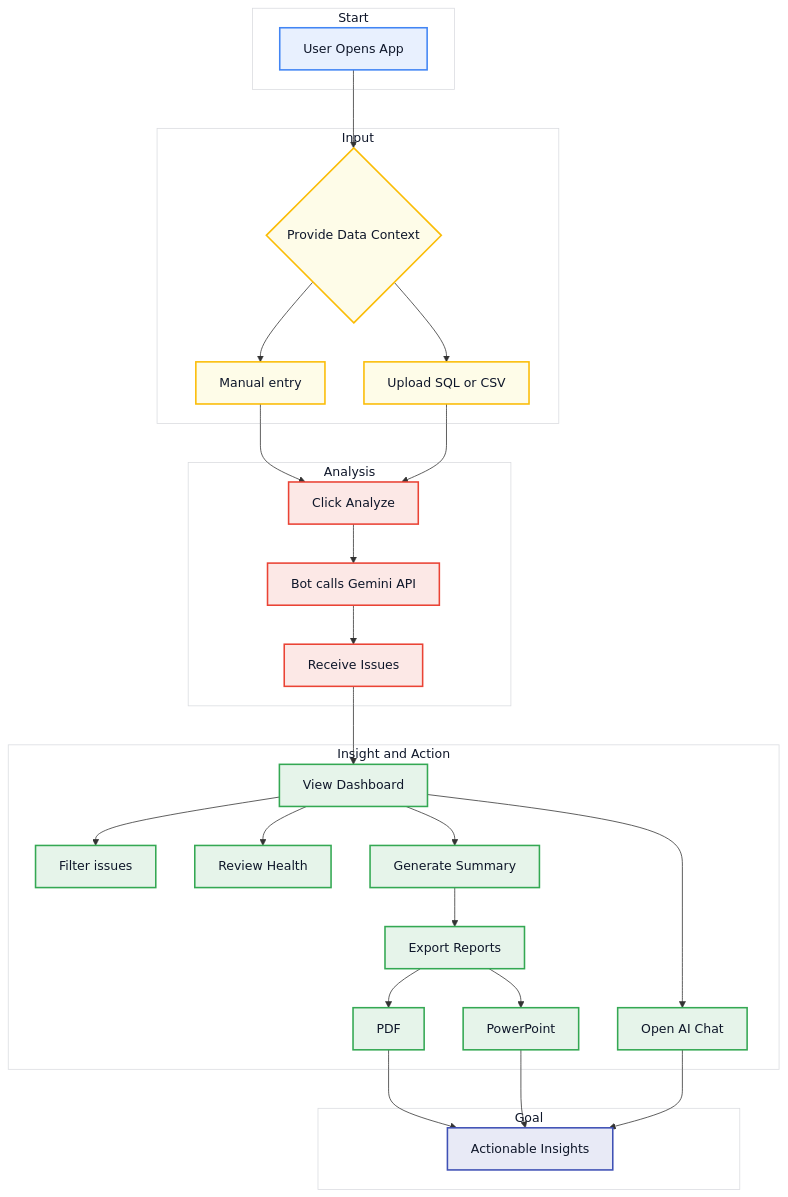
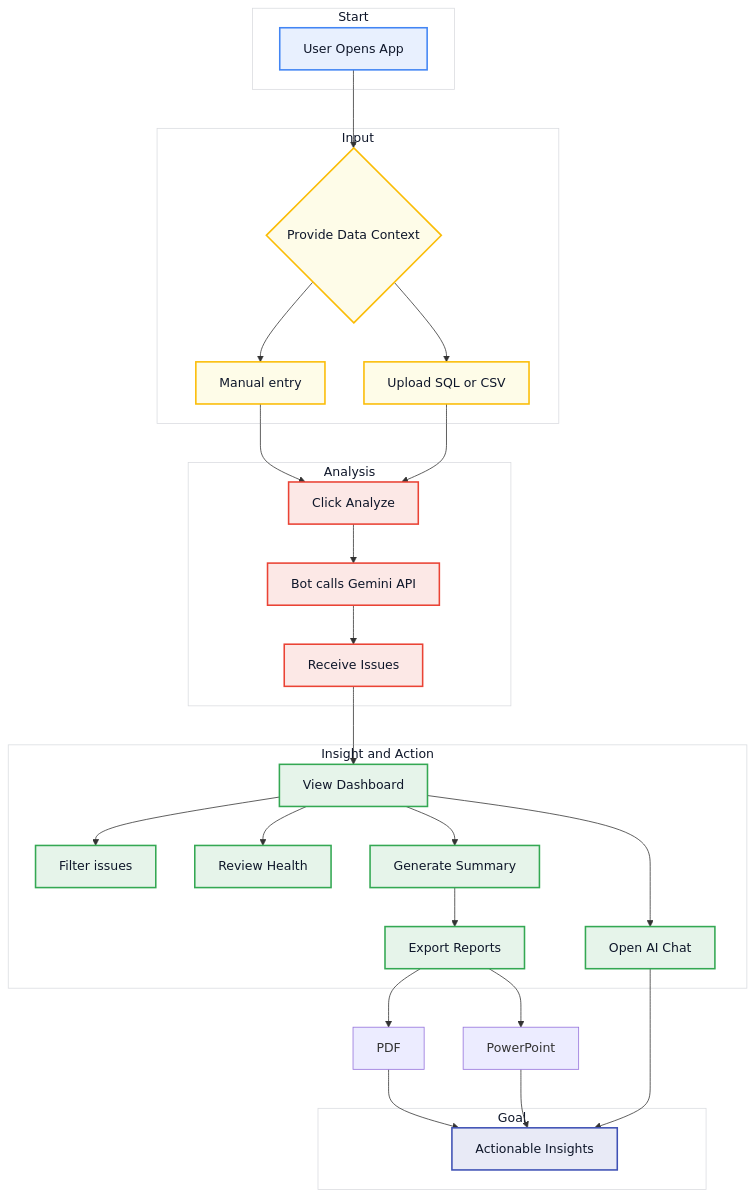
Before and after one commit to chtsalvishal/DQ_Gen_AI_Bot: the second of 2 diagrams in README.md, drawn with Mermaid. The commit also changed other lines of this file, not shown here.

````diff
--- a/README.md
+++ b/README.md
@@ -71,65 +89,63 @@
 ```mermaid
 %%{init: { 'themeVariables': { 'fontSize': '16px', 'fontFamily': 'Arial' } }}%%
 graph TD
     subgraph sg1 [Start]
         A[User Opens App]:::startNode
     end
 
     subgraph sg2 [Input]
         B{Provide Data Context}:::inputNode
         B1[Manual entry]:::inputNode
         B2[Upload SQL or CSV]:::inputNode
     end
     
     subgraph sg3 [Analysis]
         C[Click Analyze]:::analysisNode
         D[Bot calls Gemini API]:::analysisNode
         E[Receive Issues]:::analysisNode
     end
 
     subgraph sg4 [Insight and Action]
         F[View Dashboard]:::insightNode
         F1[Filter issues]:::insightNode
         F2[Review Health]:::insightNode
         G[Open AI Chat]:::insightNode
         H[Generate Summary]:::insightNode
         I[Export Reports]:::insightNode
-        I1[PDF]:::insightNode
-        I2[PowerPoint]:::insightNode
     end
     
     subgraph sg5 [Goal]
        J[Actionable Insights]:::goalNode
     end
 
     A --> B
     B --> B1
     B --> B2
     B1 --> C
     B2 --> C
     C --> D
     D --> E
     E --> F
     F --> F1
     F --> F2
     F --> G
     F --> H
     H --> I
-    I --> I1
-    I --> I2
+    I --> I1[PDF]
+    I --> I2[PowerPoint]
     I1 --> J
     I2 --> J
     G --> J
     
     style sg1 fill:#FFFFFF,stroke:#DADCE0,color:#0f172a
     style sg2 fill:#FFFFFF,stroke:#DADCE0,color:#0f172a
     style sg3 fill:#FFFFFF,stroke:#DADCE0,color:#0f172a
     style sg4 fill:#FFFFFF,stroke:#DADCE0,color:#0f172a
     style sg5 fill:#FFFFFF,stroke:#DADCE0,color:#0f172a
     
     classDef startNode fill:#E8F0FE,stroke:#4285F4,stroke-width:2px,color:#0f172a
     classDef inputNode fill:#FEFCE8,stroke:#FBBC05,stroke-width:2px,color:#0f172a
     classDef analysisNode fill:#FCE8E6,stroke:#EA4335,stroke-width:2px,color:#0f172a
     classDef insightNode fill:#E6F4EA,stroke:#34A853,stroke-width:2px,color:#0f172a
     classDef goalNode fill:#E8EAF6,stroke:#3F51B5,stroke-width:2px,color:#0f172a
 ```
````
